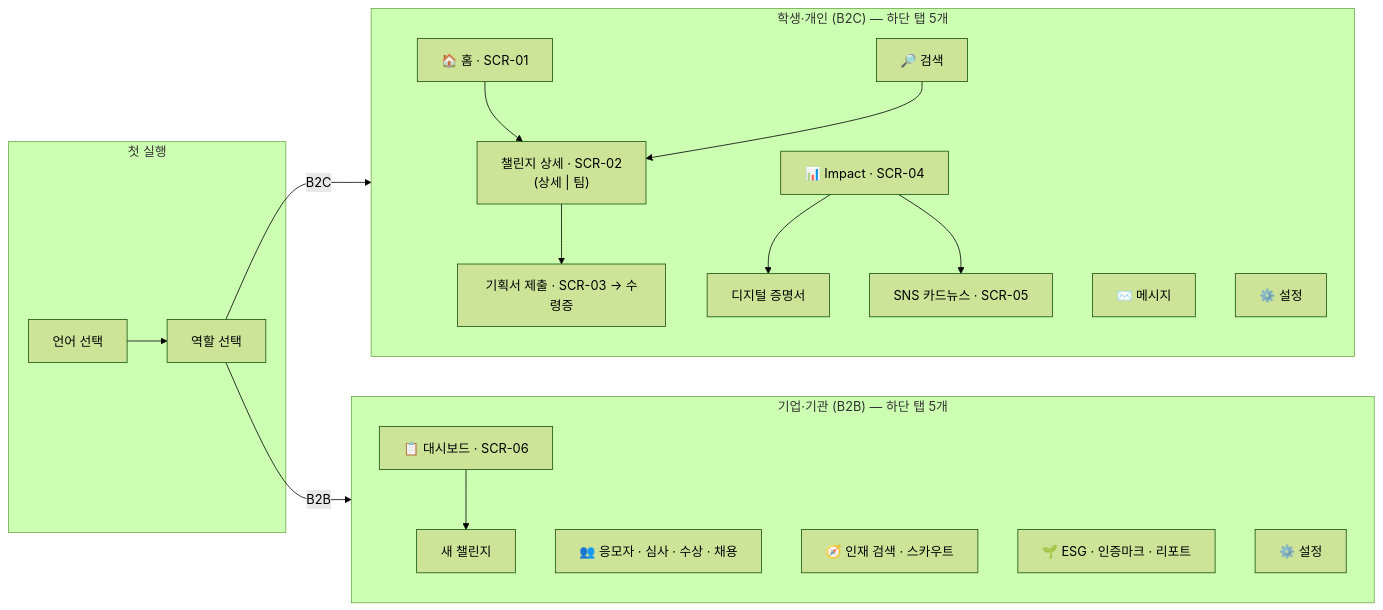
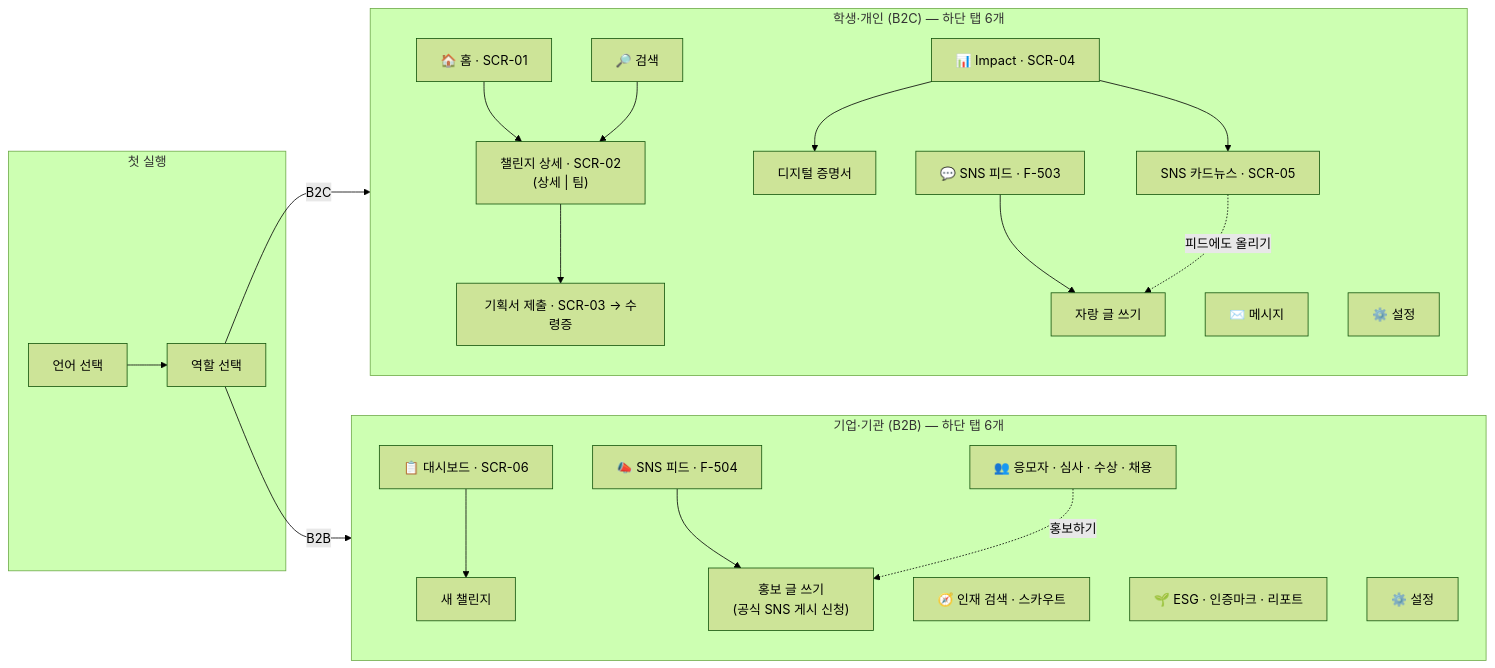
The seventh of 17 diagrams in README.md (atome9797/sdgs-compass), drawn with Mermaid (forest theme) before and after one commit. The commit also changed other lines of this file and 16 other files, not shown here.

````diff
--- a/README.md
+++ b/README.md
@@ -253,35 +257,43 @@
 ```mermaid
 flowchart LR
   subgraph gate["첫 실행"]
     g1["언어 선택"] --> g2["역할 선택"]
   end
-  subgraph b2c["학생·개인 (B2C) — 하단 탭 5개"]
+  subgraph b2c["학생·개인 (B2C) — 하단 탭 6개"]
     direction TB
     home["🏠 홈 · SCR-01"]
+    feed1["💬 SNS 피드 · F-503"]
     search["🔎 검색"]
     impact["📊 Impact · SCR-04"]
     msg["✉️ 메시지"]
     set1["⚙️ 설정"]
     ch["챌린지 상세 · SCR-02<br/>(상세 | 팀)"]
     sub["기획서 제출 · SCR-03 → 수령증"]
     cert["디지털 증명서"]
     share["SNS 카드뉴스 · SCR-05"]
+    post1["자랑 글 쓰기"]
     home --> ch
     search --> ch
     ch --> sub
     impact --> cert
     impact --> share
+    feed1 --> post1
+    share -. "피드에도 올리기" .-> post1
   end
-  subgraph b2b["기업·기관 (B2B) — 하단 탭 5개"]
+  subgraph b2b["기업·기관 (B2B) — 하단 탭 6개"]
     direction TB
     dash["📋 대시보드 · SCR-06"]
     new["새 챌린지"]
     app["👥 응모자 · 심사 · 수상 · 채용"]
     tal["🧭 인재 검색 · 스카우트"]
     esg["🌱 ESG · 인증마크 · 리포트"]
     set2["⚙️ 설정"]
+    feed2["📣 SNS 피드 · F-504"]
+    post2["홍보 글 쓰기<br/>(공식 SNS 게시 신청)"]
     dash --> new
+    feed2 --> post2
+    app -. "홍보하기" .-> post2
   end
   g2 -- "B2C" --> b2c
   g2 -- "B2B" --> b2b
 ```
````
